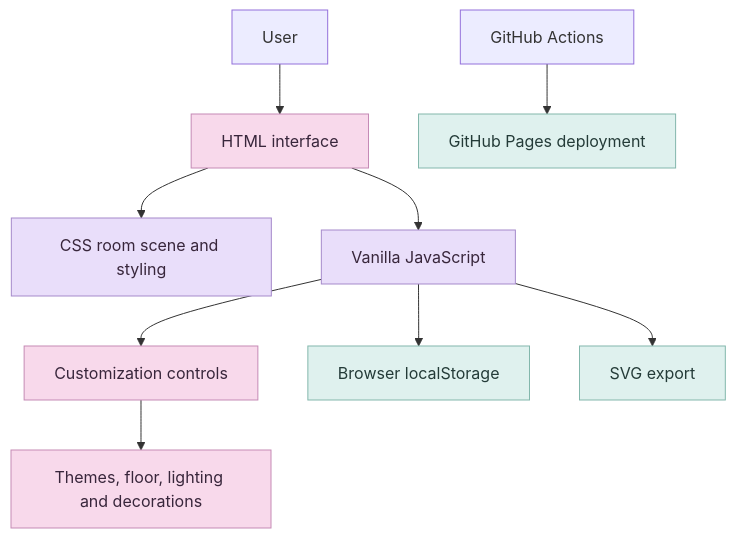
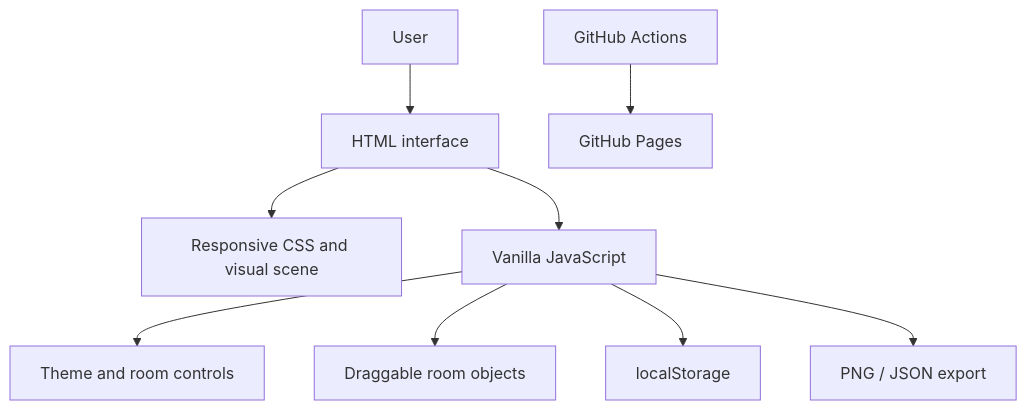
Before and after one commit to johannafoolchand/my-gaming-room: the diagram in README.md, drawn with Mermaid. The commit also changed other lines of this file, not shown here.

Commit message:
docs: update README for Gaming Room Studio redesign

````diff
--- a/README.md
+++ b/README.md
@@ -40,17 +41,11 @@
 ```mermaid
 flowchart TD
-    U["User"] --> UI["HTML interface"]
-    UI --> CSS["CSS room scene and styling"]
-    UI --> JS["Vanilla JavaScript"]
-    JS --> C["Customization controls"]
-    C --> T["Themes, floor, lighting and decorations"]
-    JS --> S["Browser localStorage"]
-    JS --> E["SVG export"]
-    G["GitHub Actions"] --> P["GitHub Pages deployment"]
-    classDef ui fill:#f8d9eb,stroke:#c58ab5,color:#38263b
-    classDef logic fill:#e9defa,stroke:#a58acb,color:#38263b
-    classDef output fill:#dff1ee,stroke:#83b7ac,color:#243b38
-    class UI,C,T ui
-    class CSS,JS logic
-    class S,E,P output
+  U[User] --> UI[HTML interface]
+  UI --> CSS[Responsive CSS and visual scene]
+  UI --> JS[Vanilla JavaScript]
+  JS --> C[Theme and room controls]
+  JS --> O[Draggable room objects]
+  JS --> L[localStorage]
+  JS --> E[PNG / JSON export]
+  A[GitHub Actions] --> P[GitHub Pages]
 ```
````
